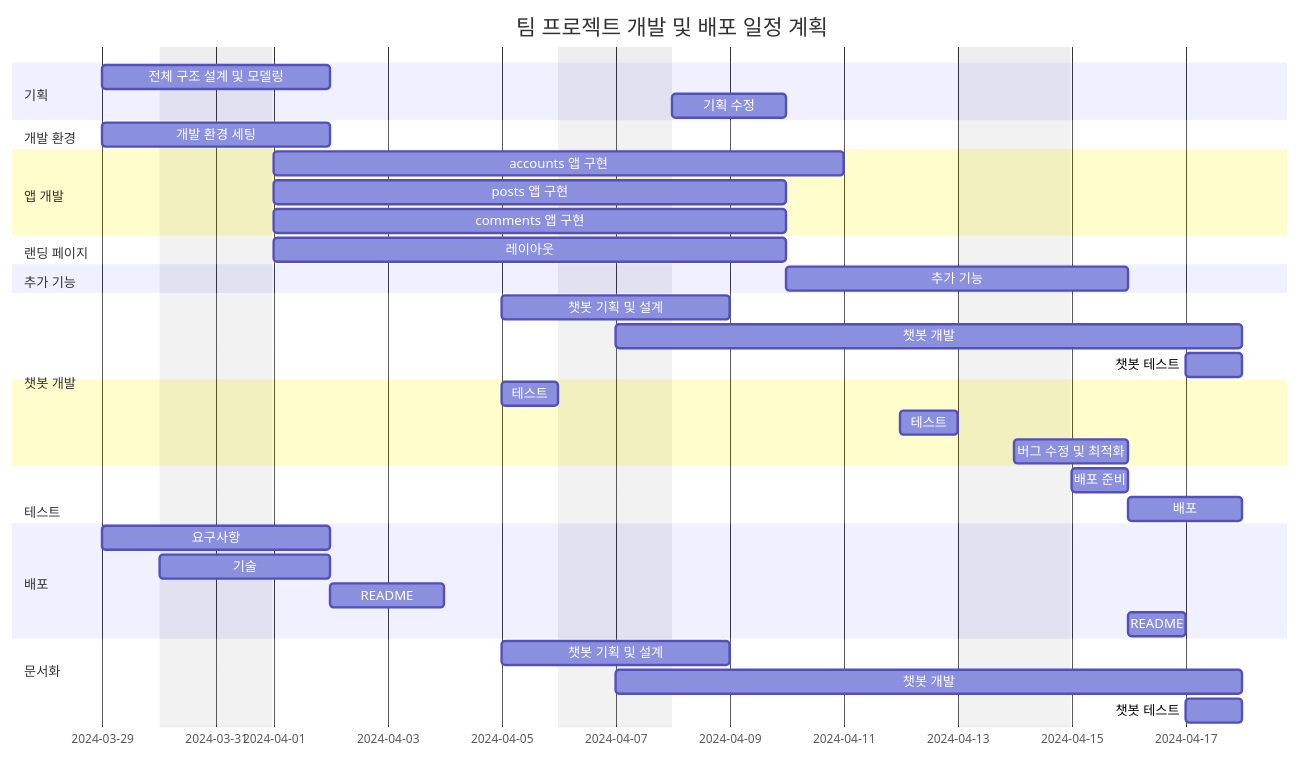
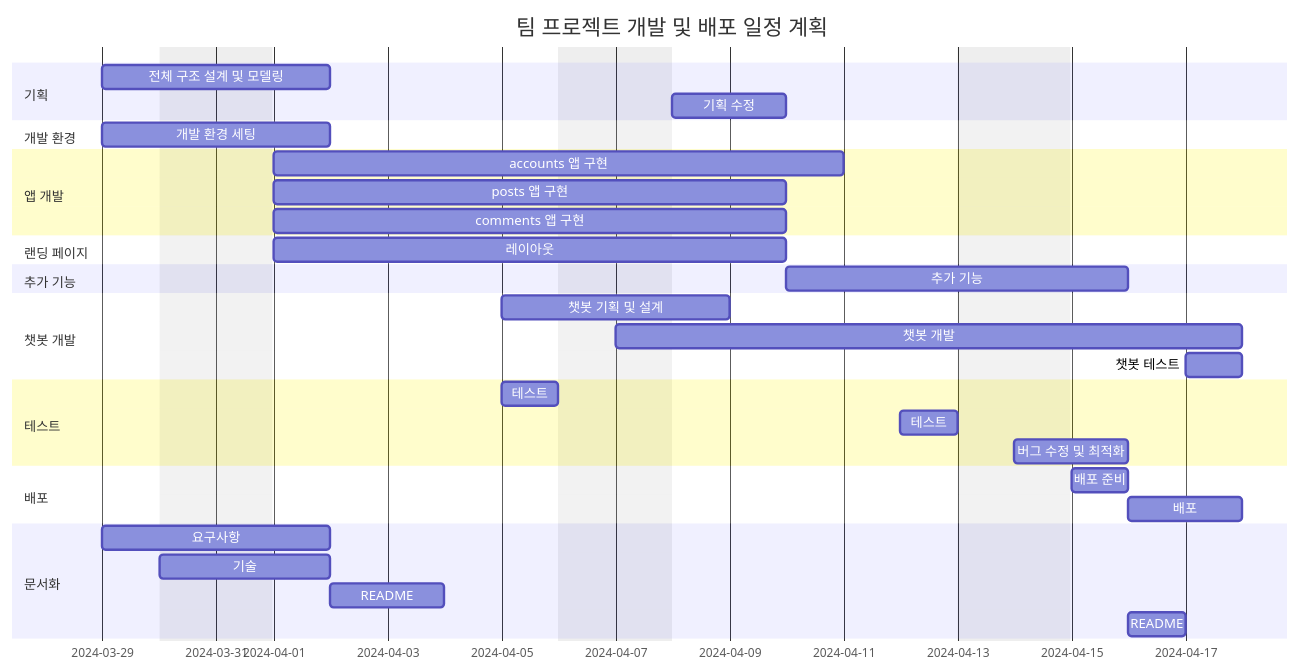
Before and after one commit to seungil1/recommand_tour: the third of 3 diagrams in README.md, drawn with Mermaid.

````diff
--- a/README.md
+++ b/README.md
@@ -84,49 +84,46 @@
 ```mermaid
 gantt
     dateFormat  YYYY-MM-DD
     title 팀 프로젝트 개발 및 배포 일정 계획
     excludes weekends
 
     section 기획
     전체 구조 설계 및 모델링 :des1, 2024-03-29, 2d
     기획 수정 : 2024-04-08, 2d
 
     section 개발 환경
     개발 환경 세팅 :set1, 2024-03-29, 2d
 
     section 앱 개발
     accounts 앱 구현 :acc1, 2024-04-01, 8d
     posts 앱 구현 :pos1, 2024-04-01, 7d
     comments 앱 구현 :com1, 2024-04-01, 7d
 
     section 랜딩 페이지
     레이아웃 :lan1, 2024-04-01, 7d
 
     section 추가 기능
     추가 기능 : 2024-04-10, 4d
 
     section 챗봇 개발
     챗봇 기획 및 설계 :chat1, 2024-04-05, 2d
     챗봇 개발 :chat2, 2024-04-07, 9d
     챗봇 테스트 :chat3, 2024-04-17, 1d
 
     section 테스트
     테스트 : 2024-04-05, 1d
     테스트 : 2024-04-12, 1d
     버그 수정 및 최적화 : 2024-04-14, 2d
 
     section 배포
     배포 준비 :deploy1, 2024-04-15, 1d
     배포 :deploy2, after deploy1, 2d
     
     section 문서화
     요구사항 : 2024-03-29, 1.5d
     기술 : 2024-03-30, 2d
     README : 2024-04-02, 2d
     README : doc1, 2024-04-16, 1d
 
-   section 챗봇 개발
-    챗봇 기획 및 설계 :chat1, 2024-04-05, 2d
-    챗봇 개발 :chat2, 2024-04-07, 9d
-    챗봇 테스트 :chat3, 2024-04-17, 1d
+
 ```
````
